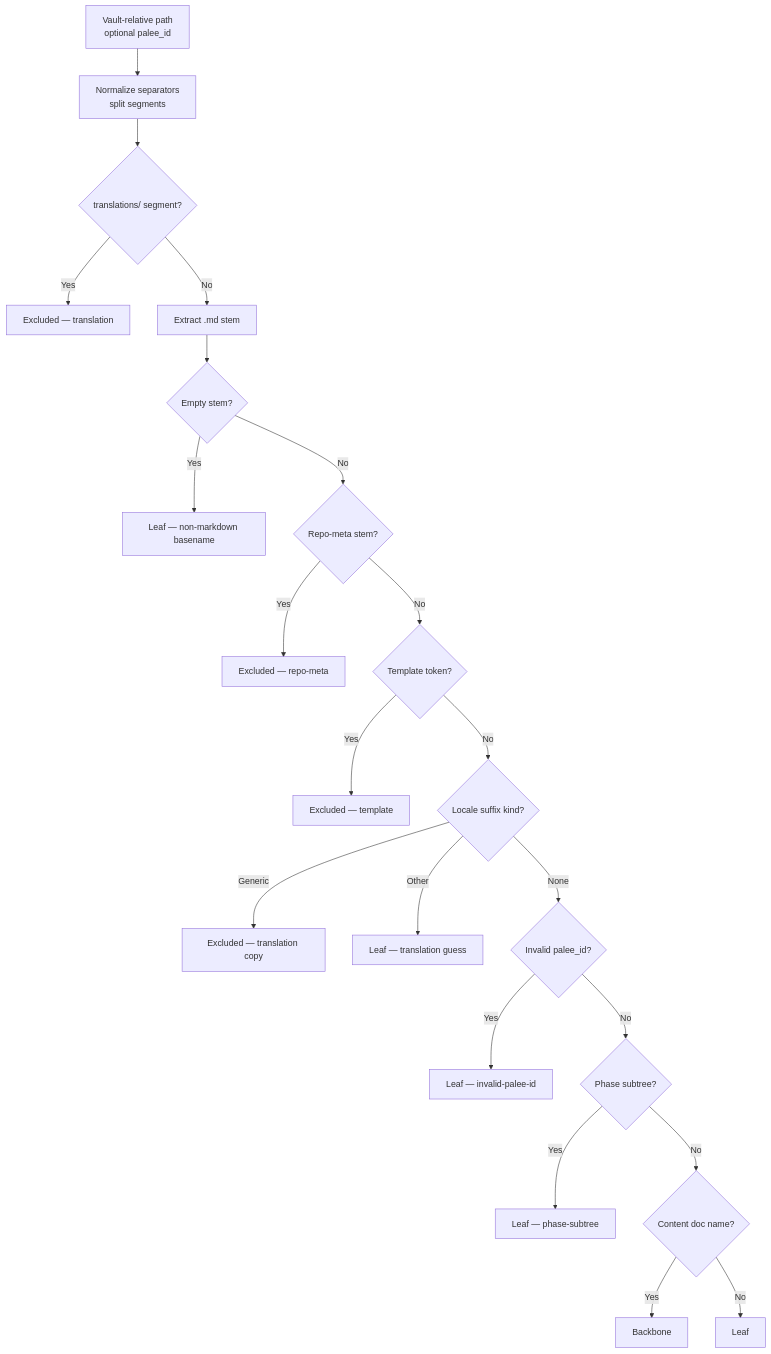
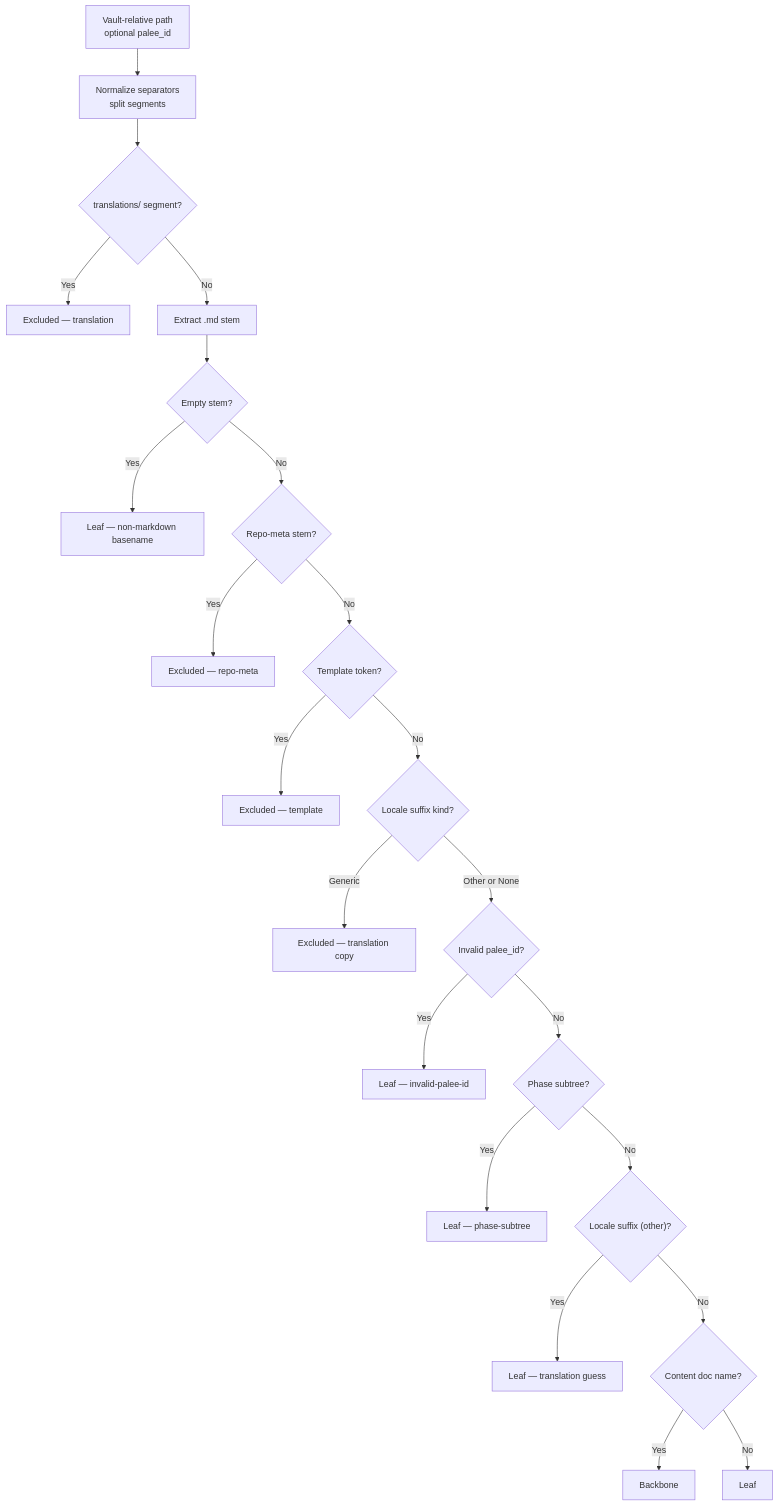
Before and after one commit to Kuldeep2822k/palee-architecture: the second of 6 diagrams in Core Engine/Tier 0 Hygiene Rules.md, drawn with Mermaid. The commit also changed other lines of this file and 76 other files, not shown here.

````diff
--- a/Core Engine/Tier 0 Hygiene Rules.md
+++ b/Core Engine/Tier 0 Hygiene Rules.md
@@ -94,23 +79,24 @@
 ```mermaid
 flowchart TD
     Input["Vault-relative path<br/>optional palee_id"] --> Normalize["Normalize separators<br/>split segments"]
     Normalize --> TranslationCheck{"translations/ segment?"}
     TranslationCheck -->|Yes| ExcludedTranslation["Excluded — translation"]
     TranslationCheck -->|No| Stem["Extract .md stem"]
     Stem --> EmptyStem{"Empty stem?"}
     EmptyStem -->|Yes| LeafNonMd["Leaf — non-markdown basename"]
     EmptyStem -->|No| RepoMeta{"Repo-meta stem?"}
     RepoMeta -->|Yes| ExcludedMeta["Excluded — repo-meta"]
     RepoMeta -->|No| Template{"Template token?"}
     Template -->|Yes| ExcludedTemplate["Excluded — template"]
     Template -->|No| Locale{"Locale suffix kind?"}
     Locale -->|Generic| ExcludedTranslationCopy["Excluded — translation copy"]
-    Locale -->|Other| LeafTranslationGuess["Leaf — translation guess"]
-    Locale -->|None| IdCheck{"Invalid palee_id?"}
+    Locale -->|Other or None| IdCheck{"Invalid palee_id?"}
     IdCheck -->|Yes| LeafBadId["Leaf — invalid-palee-id"]
     IdCheck -->|No| Phase{"Phase subtree?"}
     Phase -->|Yes| LeafPhase["Leaf — phase-subtree"]
-    Phase -->|No| Content{"Content doc name?"}
+    Phase -->|No| LocaleOther{"Locale suffix (other)?"}
+    LocaleOther -->|Yes| LeafTranslationGuess["Leaf — translation guess"]
+    LocaleOther -->|No| Content{"Content doc name?"}
     Content -->|Yes| Backbone["Backbone"]
     Content -->|No| LeafDefault["Leaf"]
 ```
````
